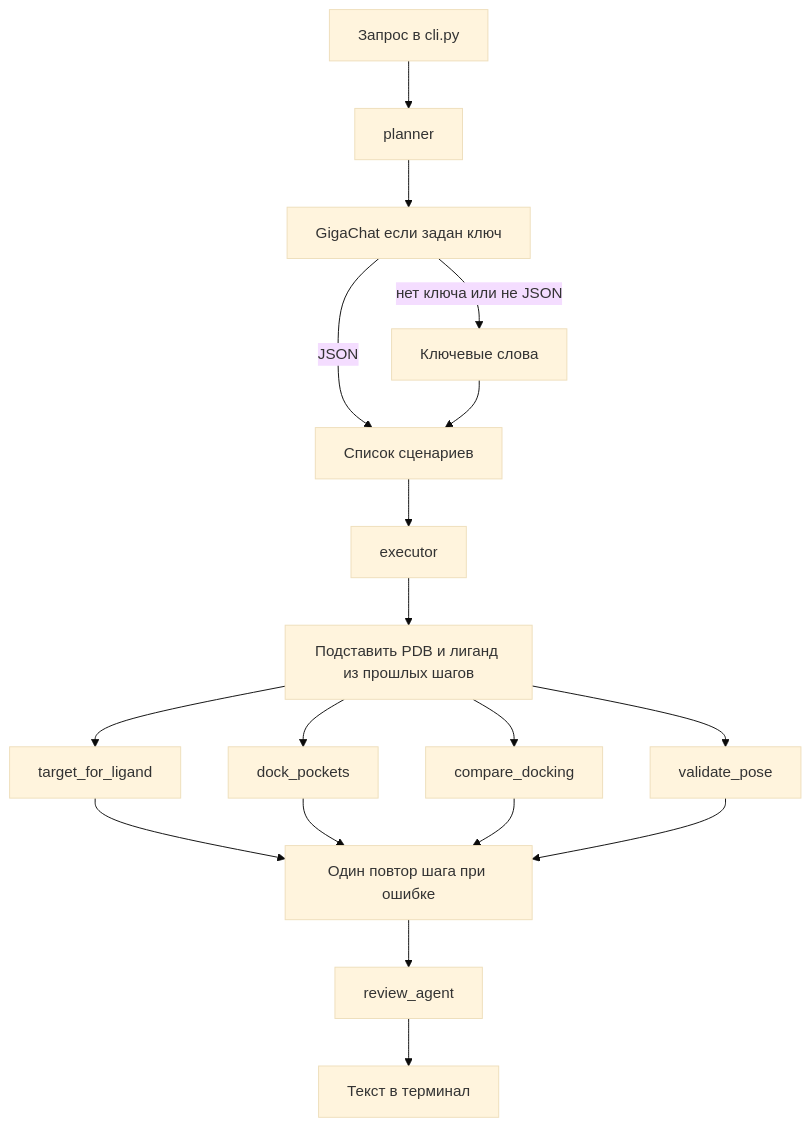
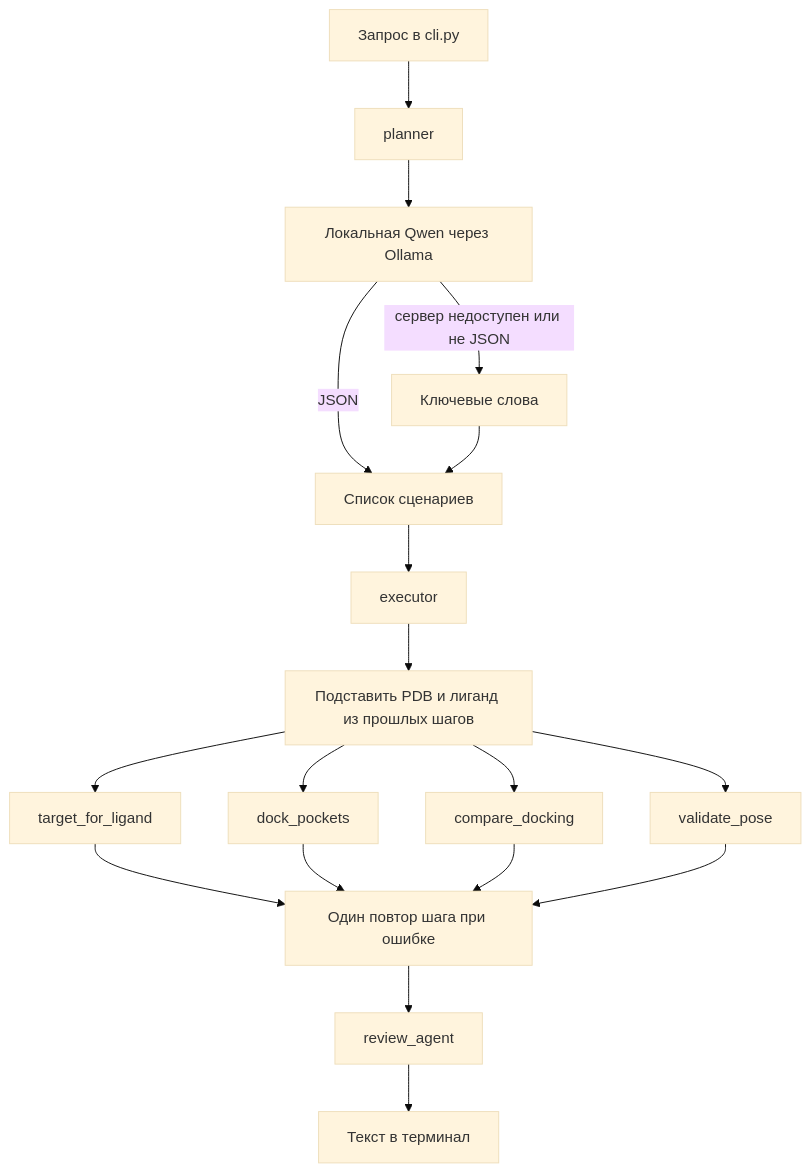
One commit to aaalinuxxx/DEARMO changed the first of 2 diagrams in README.md. Above: the diagram before and after it, drawn with Mermaid (base theme). The commit also changed other lines of this file and 27 other files, not shown here.

````diff
--- a/README.md
+++ b/README.md
@@ -43,31 +68,31 @@
 ```mermaid
 flowchart TD
   query[Запрос в cli.py]
   planner[planner]
+  qwen[Локальная Qwen через Ollama]
   keywords[Ключевые слова]
-  gigachat[GigaChat если задан ключ]
   plan[Список сценариев]
   executor[executor]
   repair[Подставить PDB и лиганд из прошлых шагов]
   retry[Один повтор шага при ошибке]
   review[review_agent]
   out[Текст в терминал]
 
   query --> planner
-  planner --> gigachat
-  gigachat -->|нет ключа или не JSON| keywords
-  gigachat -->|JSON| plan
+  planner --> qwen
+  qwen -->|сервер недоступен или не JSON| keywords
+  qwen -->|JSON| plan
   keywords --> plan
   plan --> executor
   executor --> repair
   repair --> s1[target_for_ligand]
   repair --> s2[dock_pockets]
   repair --> s3[compare_docking]
   repair --> s4[validate_pose]
   s1 --> retry
   s2 --> retry
   s3 --> retry
   s4 --> retry
   retry --> review
   review --> out
 ```
````
